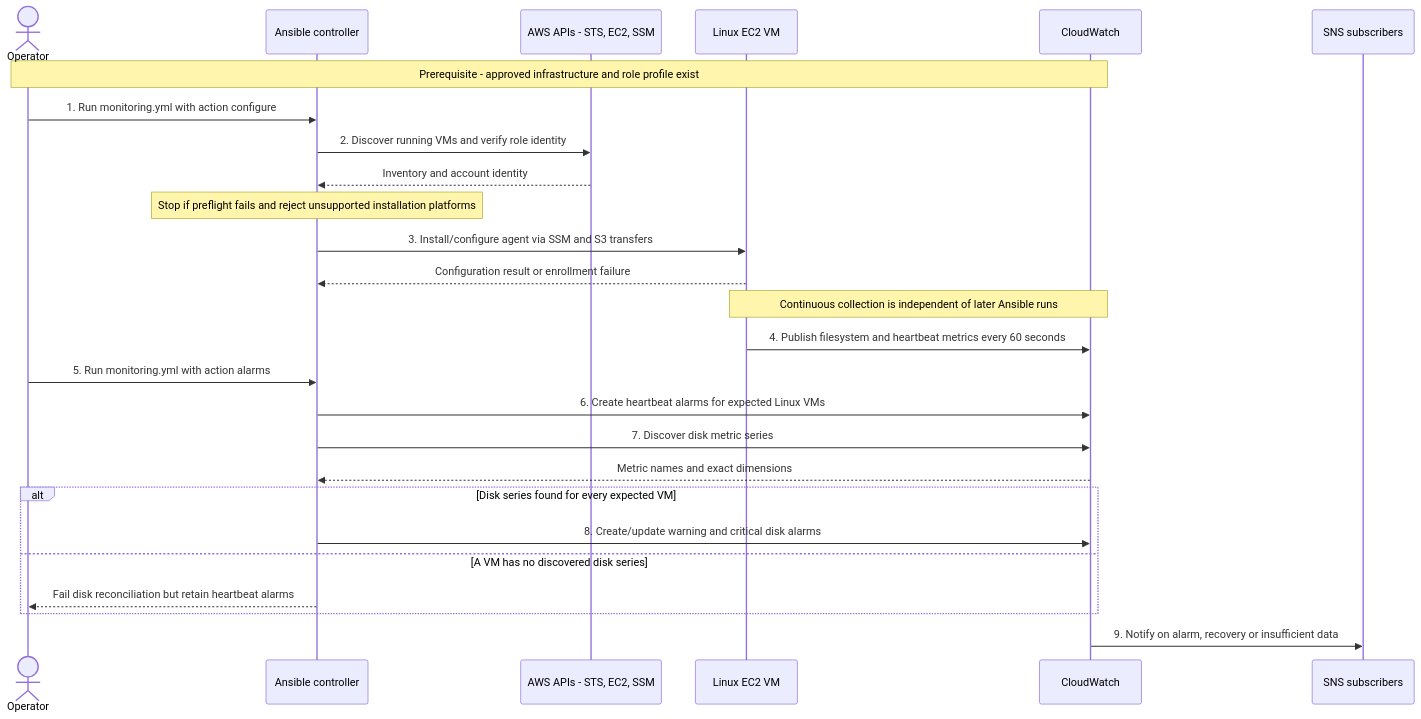
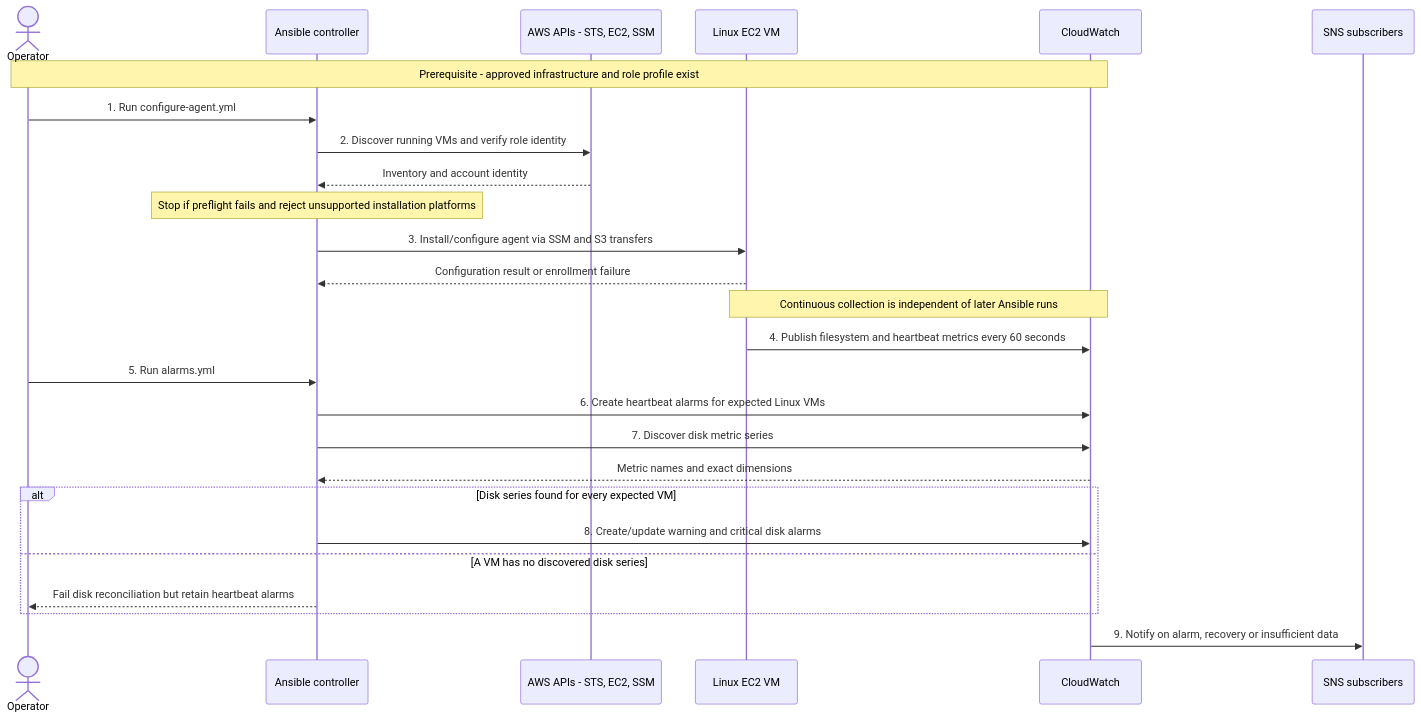
The second of 2 diagrams in docs/architecture.md (vishalchandol/Lucidity_task), drawn with Mermaid before and after one commit. The commit also changed other lines of this file and 12 other files, not shown here.

````diff
--- a/docs/architecture.md
+++ b/docs/architecture.md
@@ -46,31 +46,31 @@
 ```mermaid
 	sequenceDiagram
 		actor Operator
 		participant Ansible as Ansible controller
 		participant AWS as AWS APIs - STS, EC2, SSM
 		participant VM as Linux EC2 VM
 		participant CW as CloudWatch
 		participant SNS as SNS subscribers
 
 		Note over Operator,CW: Prerequisite - approved infrastructure and role profile exist
-		Operator->>Ansible: 1. Run monitoring.yml with action configure
+		Operator->>Ansible: 1. Run configure-agent.yml
 		Ansible->>AWS: 2. Discover running VMs and verify role identity
 		AWS-->>Ansible: Inventory and account identity
 		Note over Ansible: Stop if preflight fails and reject unsupported installation platforms
 		Ansible->>VM: 3. Install/configure agent via SSM and S3 transfers
 		VM-->>Ansible: Configuration result or enrollment failure
 
 		Note over VM,CW: Continuous collection is independent of later Ansible runs
 		VM->>CW: 4. Publish filesystem and heartbeat metrics every 60 seconds
-		Operator->>Ansible: 5. Run monitoring.yml with action alarms
+		Operator->>Ansible: 5. Run alarms.yml
 		Ansible->>CW: 6. Create heartbeat alarms for expected Linux VMs
 		Ansible->>CW: 7. Discover disk metric series
 		CW-->>Ansible: Metric names and exact dimensions
 		alt Disk series found for every expected VM
 			Ansible->>CW: 8. Create/update warning and critical disk alarms
 		else A VM has no discovered disk series
 			Ansible-->>Operator: Fail disk reconciliation but retain heartbeat alarms
 		end
 		CW->>SNS: 9. Notify on alarm, recovery or insufficient data
 
 ```
````
